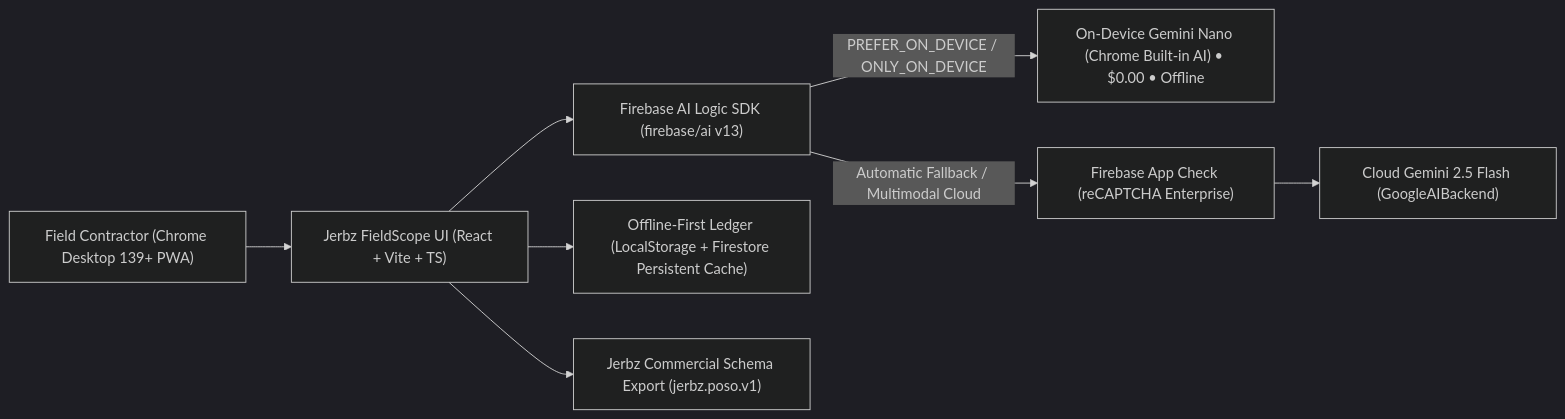
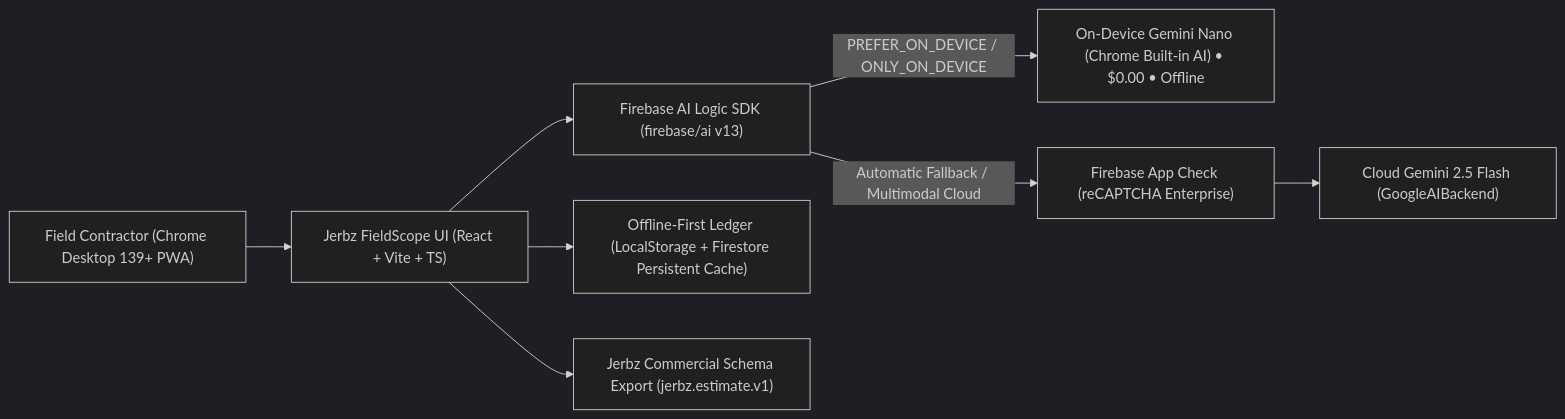
Before and after one commit to chillaxitudemedia/jerbz-hybrid-estimator: the diagram in README.md, drawn with Mermaid (dark theme). The commit also changed other lines of this file and 4 other files, not shown here.

Commit message:
Standardize schema, UI, and documentation to English

````diff
--- a/README.md
+++ b/README.md
@@ -30,10 +30,10 @@
 ```mermaid
 flowchart LR
   User["Field Contractor (Chrome Desktop 139+ PWA)"] --> UI["Jerbz FieldScope UI (React + Vite + TS)"]
   UI --> SDK["Firebase AI Logic SDK (firebase/ai v13)"]
   SDK -- "PREFER_ON_DEVICE / ONLY_ON_DEVICE" --> Nano["On-Device Gemini Nano (Chrome Built-in AI) • $0.00 • Offline"]
   SDK -- "Automatic Fallback / Multimodal Cloud" --> AppCheck["Firebase App Check (reCAPTCHA Enterprise)"]
   AppCheck --> Cloud["Cloud Gemini 2.5 Flash (GoogleAIBackend)"]
   UI --> Store["Offline-First Ledger (LocalStorage + Firestore Persistent Cache)"]
-  UI --> Export["Jerbz Commercial Schema Export (jerbz.poso.v1)"]
+  UI --> Export["Jerbz Commercial Schema Export (jerbz.estimate.v1)"]
 ```
````
